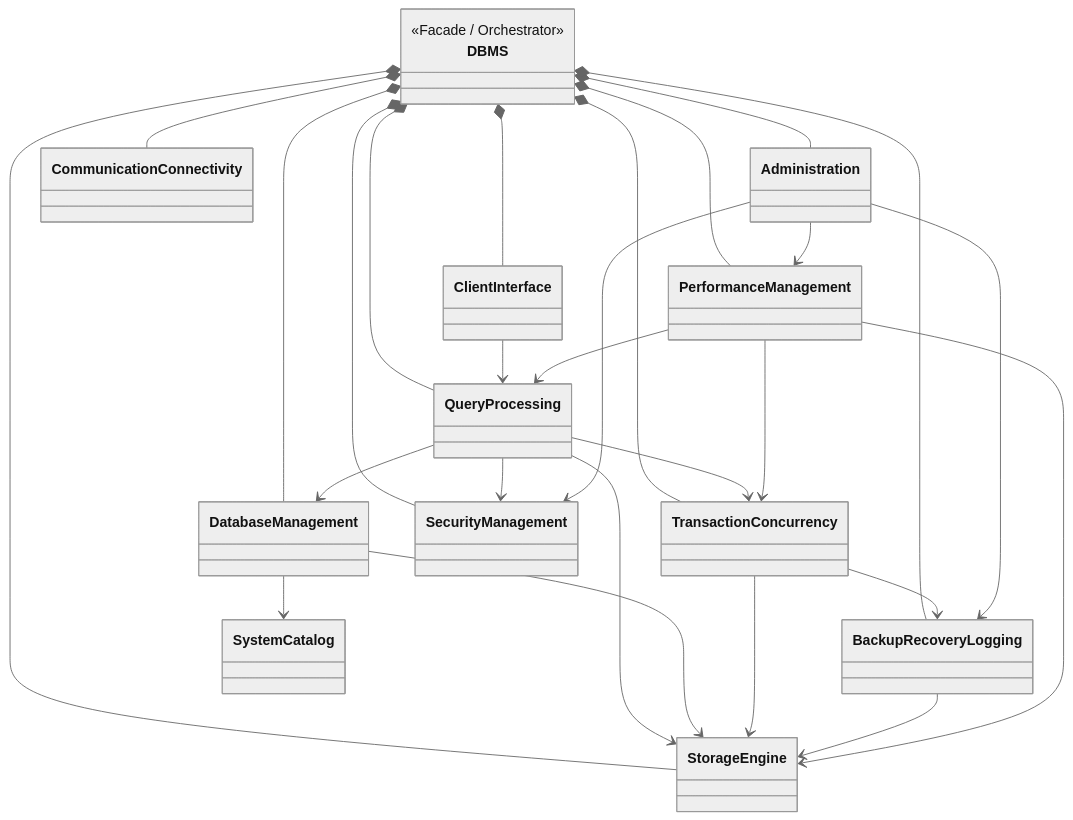
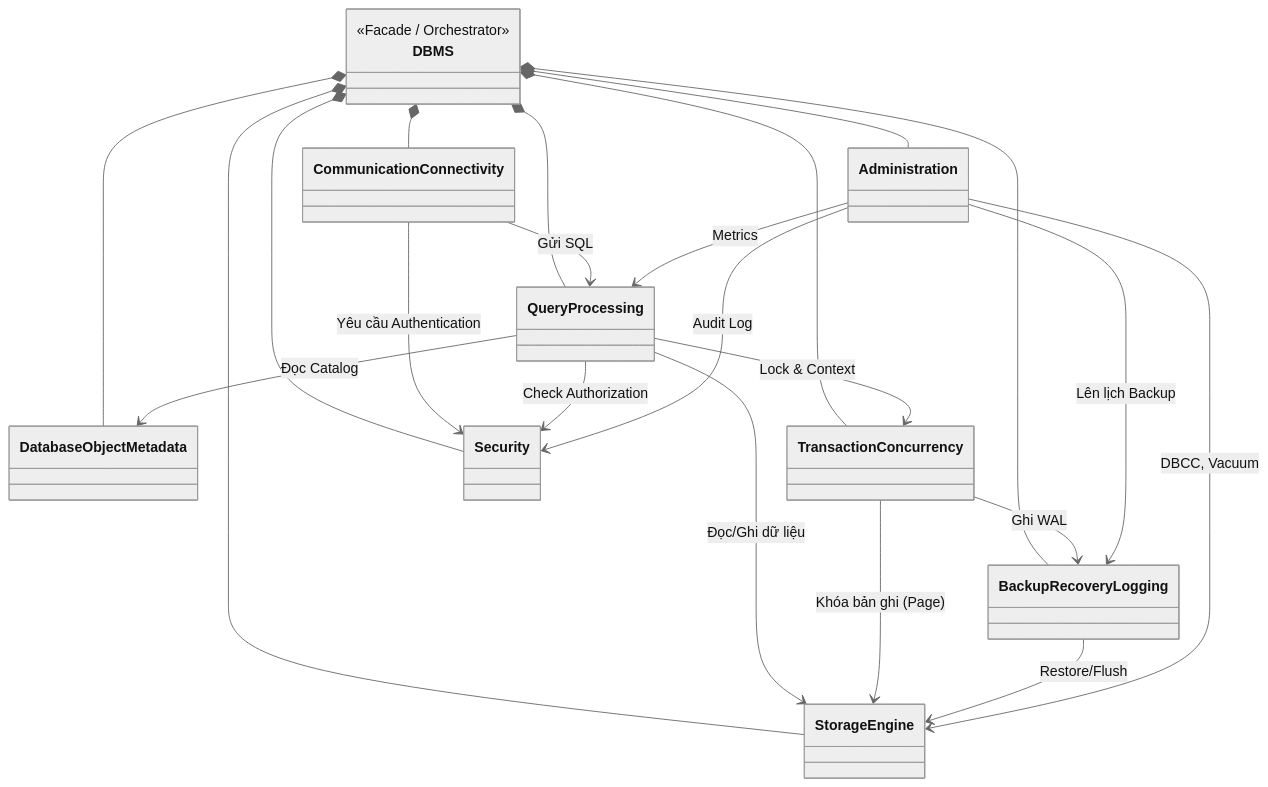
The second of 2 diagrams in README.md (Ricky13170/DBMS_bbv), drawn with Mermaid (neutral theme) before and after one commit. The commit also changed other lines of this file, not shown here.

````diff
--- a/README.md
+++ b/README.md
@@ -26,37 +24,32 @@
 ```mermaid
 classDiagram
     direction TB
     
     class DBMS {
         <<Facade / Orchestrator>>
     }
 
-    DBMS *-- ClientInterface
+    DBMS *-- CommunicationConnectivity
     DBMS *-- QueryProcessing
-    DBMS *-- DatabaseManagement
+    DBMS *-- DatabaseObjectMetadata
     DBMS *-- StorageEngine
     DBMS *-- TransactionConcurrency
-    DBMS *-- SecurityManagement
+    DBMS *-- Security
     DBMS *-- Administration
     DBMS *-- BackupRecoveryLogging
-    DBMS *-- PerformanceManagement
-    DBMS *-- CommunicationConnectivity
     
-    ClientInterface --> QueryProcessing
-    QueryProcessing --> DatabaseManagement
-    QueryProcessing --> StorageEngine
-    QueryProcessing --> TransactionConcurrency
-    QueryProcessing --> SecurityManagement
-    DatabaseManagement --> SystemCatalog
-    DatabaseManagement --> StorageEngine
-    TransactionConcurrency --> StorageEngine
-    TransactionConcurrency --> BackupRecoveryLogging
-    BackupRecoveryLogging --> StorageEngine
-    PerformanceManagement --> QueryProcessing
-    PerformanceManagement --> StorageEngine
-    PerformanceManagement --> TransactionConcurrency
-    Administration --> SecurityManagement
-    Administration --> BackupRecoveryLogging
-    Administration --> PerformanceManagement
-
+    %% Thiết lập sự phụ thuộc (Dependencies)
+    CommunicationConnectivity --> QueryProcessing : Gửi SQL
+    CommunicationConnectivity --> Security : Yêu cầu Authentication
+    QueryProcessing --> DatabaseObjectMetadata : Đọc Catalog
+    QueryProcessing --> StorageEngine : Đọc/Ghi dữ liệu
+    QueryProcessing --> TransactionConcurrency : Lock & Context
+    QueryProcessing --> Security : Check Authorization
+    TransactionConcurrency --> StorageEngine : Khóa bản ghi (Page)
+    TransactionConcurrency --> BackupRecoveryLogging : Ghi WAL
+    BackupRecoveryLogging --> StorageEngine : Restore/Flush
+    Administration --> Security : Audit Log
+    Administration --> BackupRecoveryLogging : Lên lịch Backup
+    Administration --> QueryProcessing : Metrics
+    Administration --> StorageEngine : DBCC, Vacuum
 ```
````
